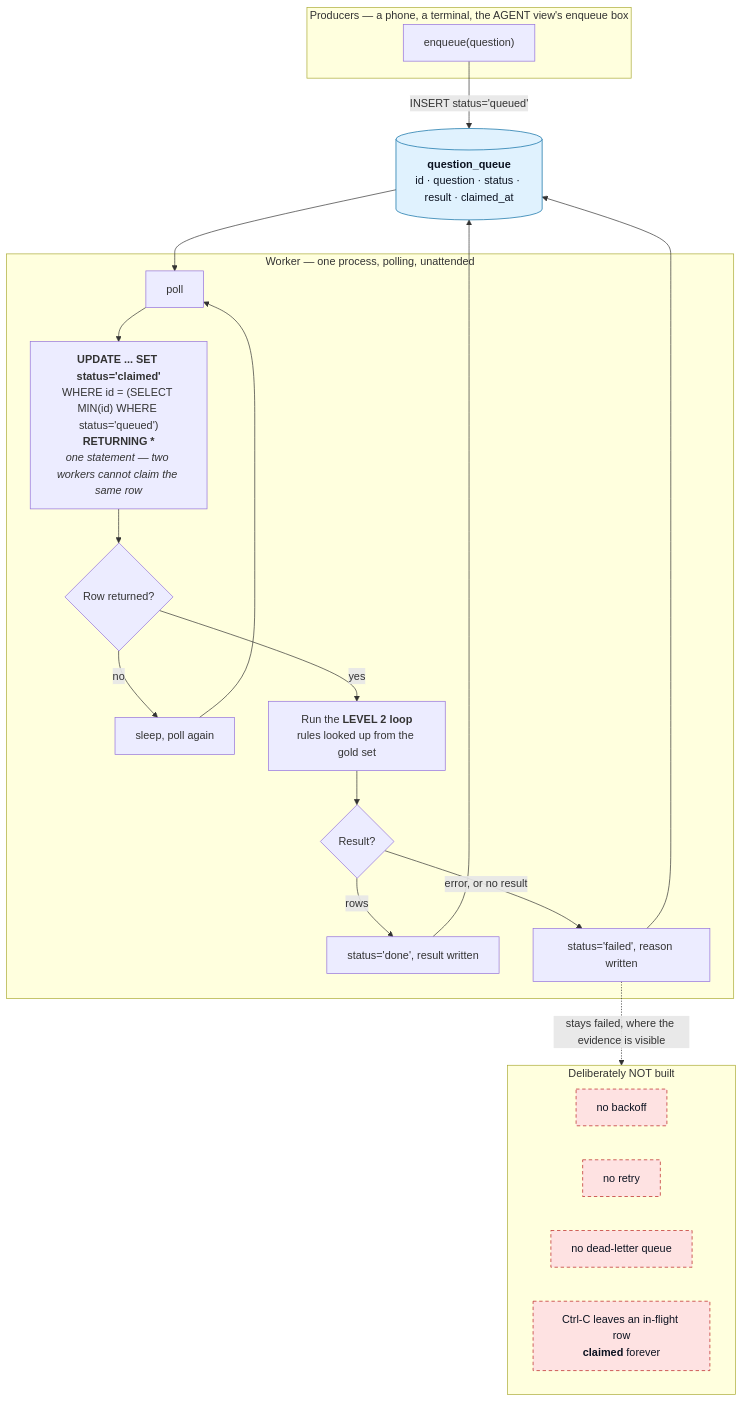
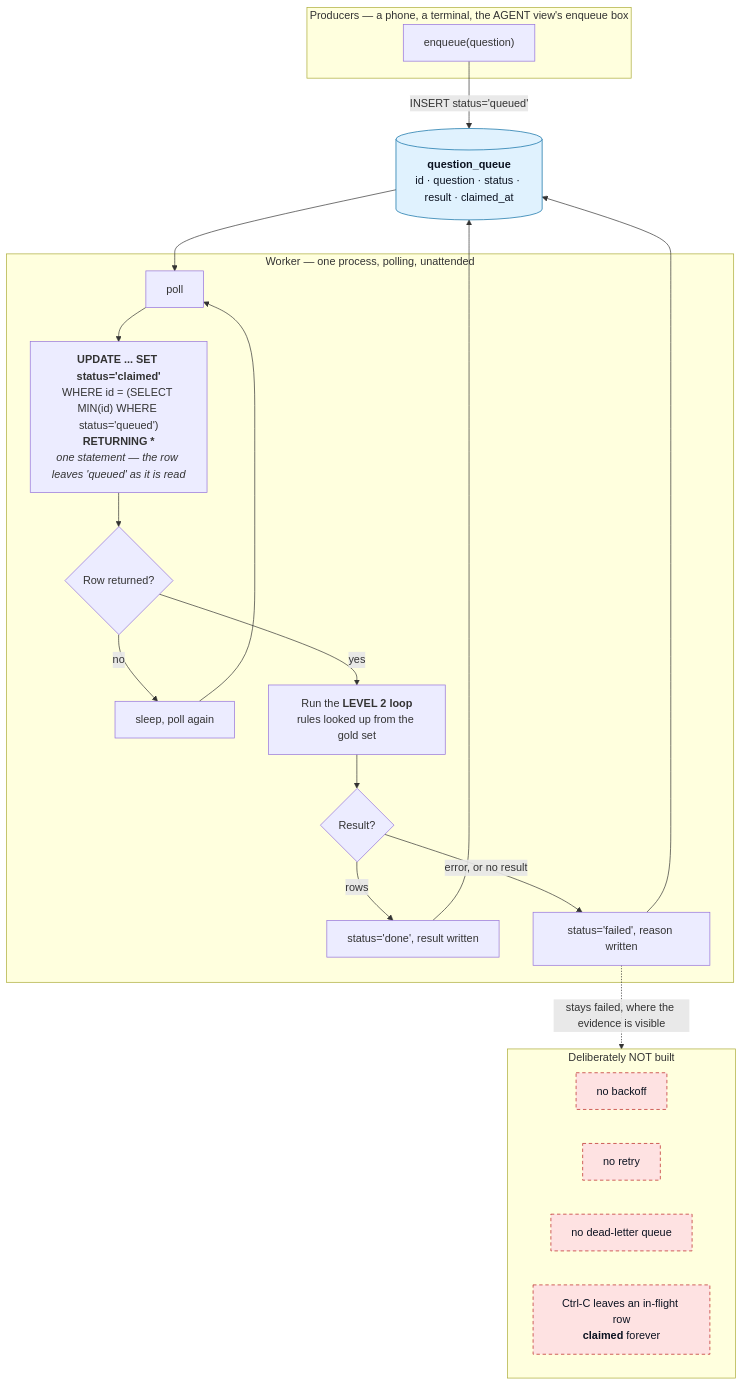
Before and after one commit to ANI-IN/loop-engineering: the diagram in demos/03_event_driven_loop/README.md, drawn with Mermaid. The commit also changed other lines of this file and 6 other files, not shown here.

First line of the commit message:
docs: correct four stale diagrams and give the two biggest ones prose

````diff
--- a/demos/03_event_driven_loop/README.md
+++ b/demos/03_event_driven_loop/README.md
@@ -29,34 +29,34 @@
 ```mermaid
 flowchart TD
     subgraph PRODUCERS["Producers — a phone, a terminal, the AGENT view's enqueue box"]
         E["enqueue(question)"]
     end
     E -->|"INSERT status='queued'"| T[("<b>question_queue</b><br/>id · question · status · result · claimed_at")]
 
     subgraph WORKER["Worker — one process, polling, unattended"]
-        POLL["poll"] --> CLAIM["<b>UPDATE ... SET status='claimed'</b><br/>WHERE id = (SELECT MIN(id) WHERE status='queued')<br/><b>RETURNING *</b><br/><i>one statement — two workers cannot claim the same row</i>"]
+        POLL["poll"] --> CLAIM["<b>UPDATE ... SET status='claimed'</b><br/>WHERE id = (SELECT MIN(id) WHERE status='queued')<br/><b>RETURNING *</b><br/><i>one statement — the row leaves 'queued' as it is read</i>"]
         CLAIM --> GOT{"Row returned?"}
         GOT -->|no| SLEEP["sleep, poll again"]
         SLEEP --> POLL
         GOT -->|yes| L2["Run the <b>LEVEL 2 loop</b><br/>rules looked up from the gold set"]
         L2 --> RES{"Result?"}
         RES -->|"rows"| DONE["status='done', result written"]
         RES -->|"error, or no result"| FAILED["status='failed', reason written"]
     end
     T --> POLL
     DONE --> T
     FAILED --> T
 
     subgraph ABSENT["Deliberately NOT built"]
         NB["no backoff"]
         NR["no retry"]
         NDL["no dead-letter queue"]
         NC["Ctrl-C leaves an in-flight row<br/><b>claimed</b> forever"]
     end
     FAILED -.->|"stays failed, where the evidence is visible"| ABSENT
 
     classDef absent fill:#fee2e2,stroke:#b91c1c,color:#0b1220,stroke-dasharray:5 4;
     classDef store fill:#e0f2fe,stroke:#0369a1,color:#0b1220;
     class NB,NR,NDL,NC absent;
     class T store;
 ```
````
